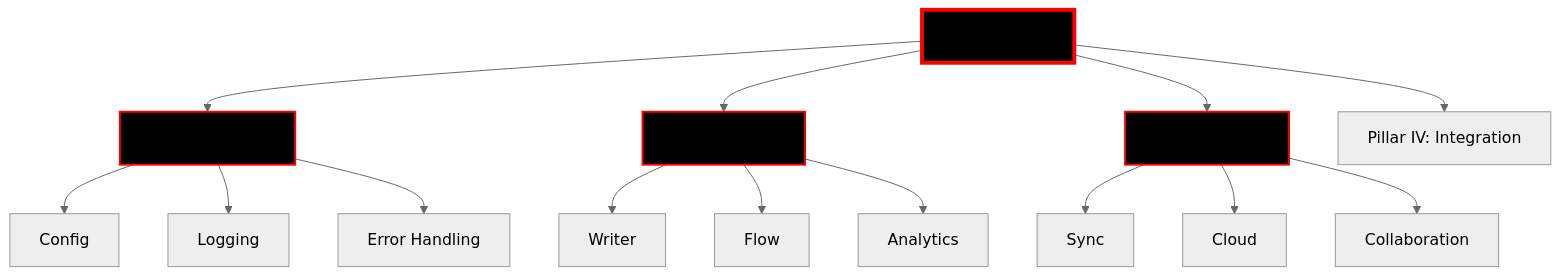
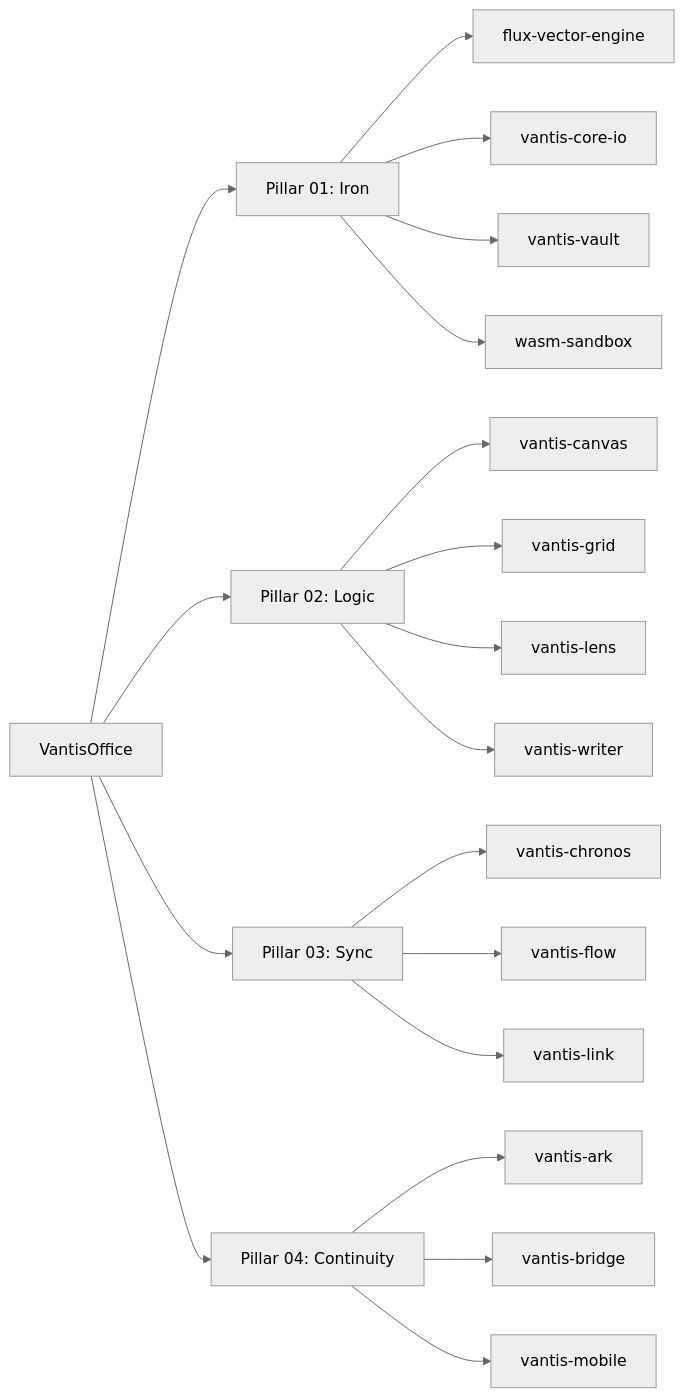
Before and after one commit to vantisCorp/VantisOffice: the second of 2 diagrams in README.md, drawn with Mermaid (neutral theme). The commit also changed other lines of this file and 39 other files, not shown here.

````diff
--- a/README.md
+++ b/README.md
@@ -1492,24 +248,25 @@
 ```mermaid
-graph TB
-    A[VantisOffice] --> B[Pillar I: System]
-    A --> C[Pillar II: Logic]
-    A --> D[Pillar III: Sync]
-    A --> E[Pillar IV: Integration]
+graph LR
+    A[VantisOffice] --> B[Pillar 01: Iron]
+    A --> C[Pillar 02: Logic]
+    A --> D[Pillar 03: Sync]
+    A --> E[Pillar 04: Continuity]
     
-    B --> B1[Config]
-    B --> B2[Logging]
-    B --> B3[Error Handling]
+    B --> B1[flux-vector-engine]
+    B --> B2[vantis-core-io]
+    B --> B3[vantis-vault]
+    B --> B4[wasm-sandbox]
     
-    C --> C1[Writer]
-    C --> C2[Flow]
-    C --> C3[Analytics]
+    C --> C1[vantis-canvas]
+    C --> C2[vantis-grid]
+    C --> C3[vantis-lens]
+    C --> C4[vantis-writer]
     
-    D --> D1[Sync]
-    D --> D2[Cloud]
-    D --> D3[Collaboration]
+    D --> D1[vantis-chronos]
+    D --> D2[vantis-flow]
+    D --> D3[vantis-link]
     
-    style A fill:#000000,stroke:#ff0000,stroke-width:4px
-    style B fill:#000000,stroke:#ff0000,stroke-width:2px
-    style C fill:#000000,stroke:#ff0000,stroke-width:2px
-    style D fill:#000000,stroke:#ff0000,stroke-width:2px
+    E --> E1[vantis-ark]
+    E --> E2[vantis-bridge]
+    E --> E3[vantis-mobile]
 ```
````
